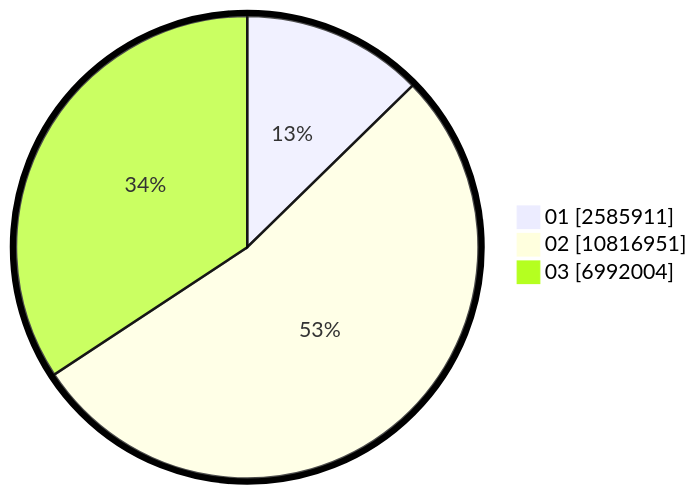
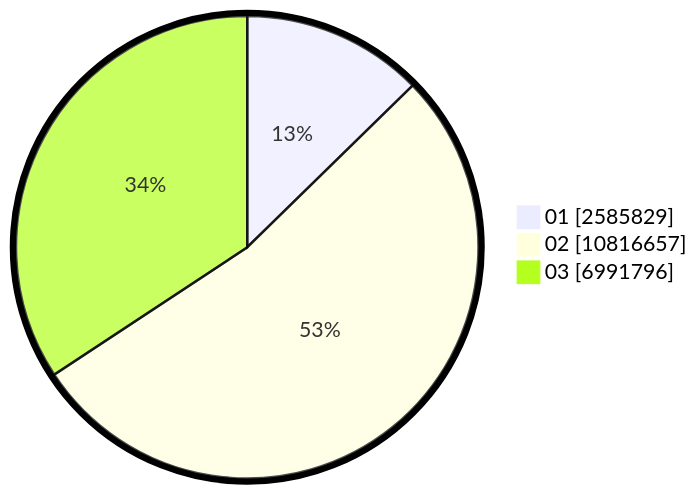
Before and after one commit to gigit-pemilu/pemilu-2024: the second of 2 diagrams in pilpres/hitung-suara/sub/table-wilayah-33.md, drawn with Mermaid. The commit also changed other lines of this file and 9 other files, not shown here.

````diff
--- a/pilpres/hitung-suara/sub/table-wilayah-33.md
+++ b/pilpres/hitung-suara/sub/table-wilayah-33.md
@@ -15,7 +15,7 @@
 ```mermaid
 %%{init: {"pie": {"textPosition": 0.5}, "themeVariables": {"pieOuterStrokeWidth": "5px"}} }%%
 pie showData
-    "01" : 2585911
-    "02" : 10816951
-    "03" : 6992004
+    "01" : 2585829
+    "02" : 10816657
+    "03" : 6991796
 ```
````
